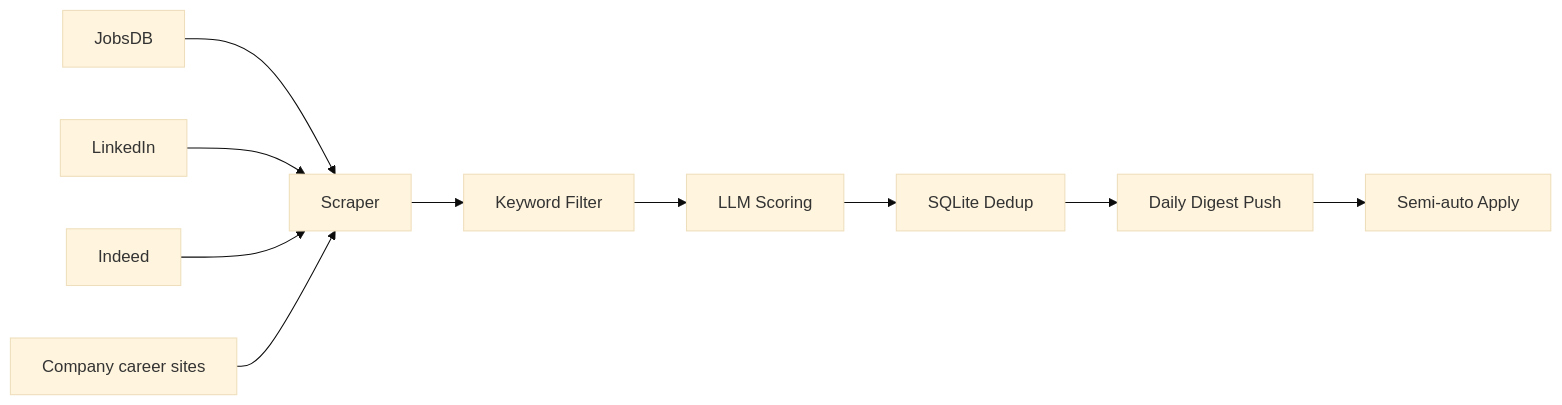
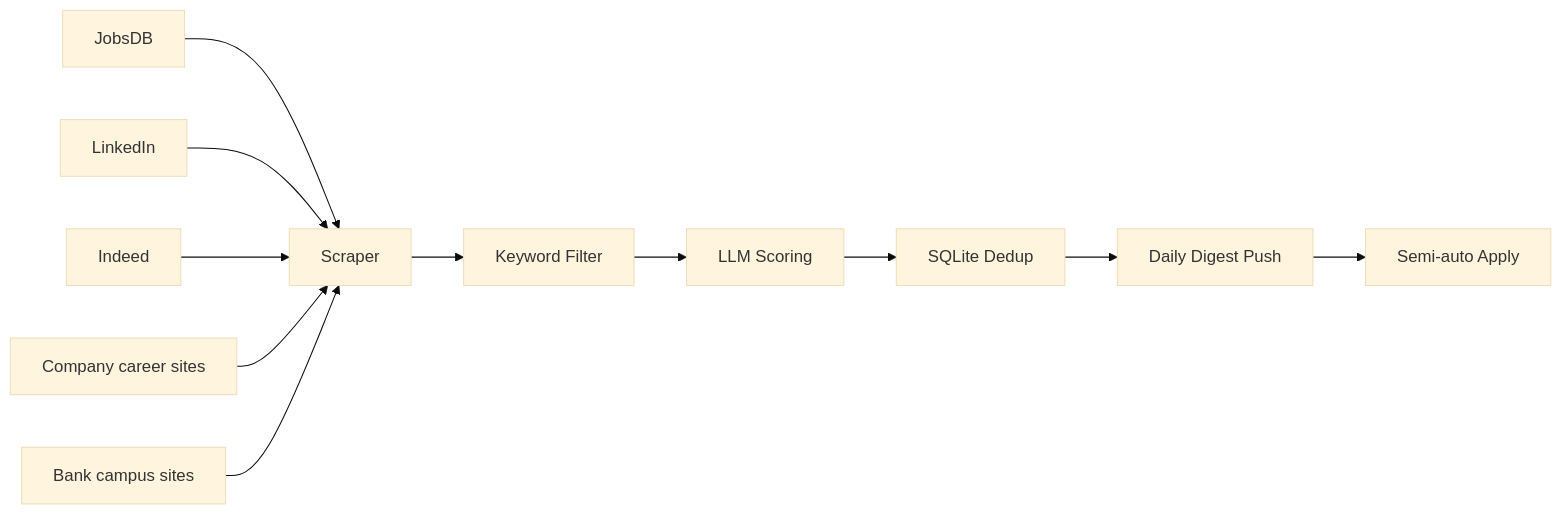
Before and after one commit to prui0474/hk-job-radar: the second of 2 diagrams in README.md, drawn with Mermaid (base theme). The commit also changed other lines of this file and 8 other files, not shown here.

````diff
--- a/README.md
+++ b/README.md
@@ -401,12 +410,13 @@
 ```mermaid
 flowchart LR
     A[JobsDB] --> D[Scraper]
     B[LinkedIn] --> D
     C[Indeed] --> D
     W[Company career sites] --> D
+    T[Bank campus sites] --> D
     D --> E[Keyword Filter]
     E --> F[LLM Scoring]
     F --> G[SQLite Dedup]
     G --> H[Daily Digest Push]
     H --> I[Semi-auto Apply]
 ```
````
